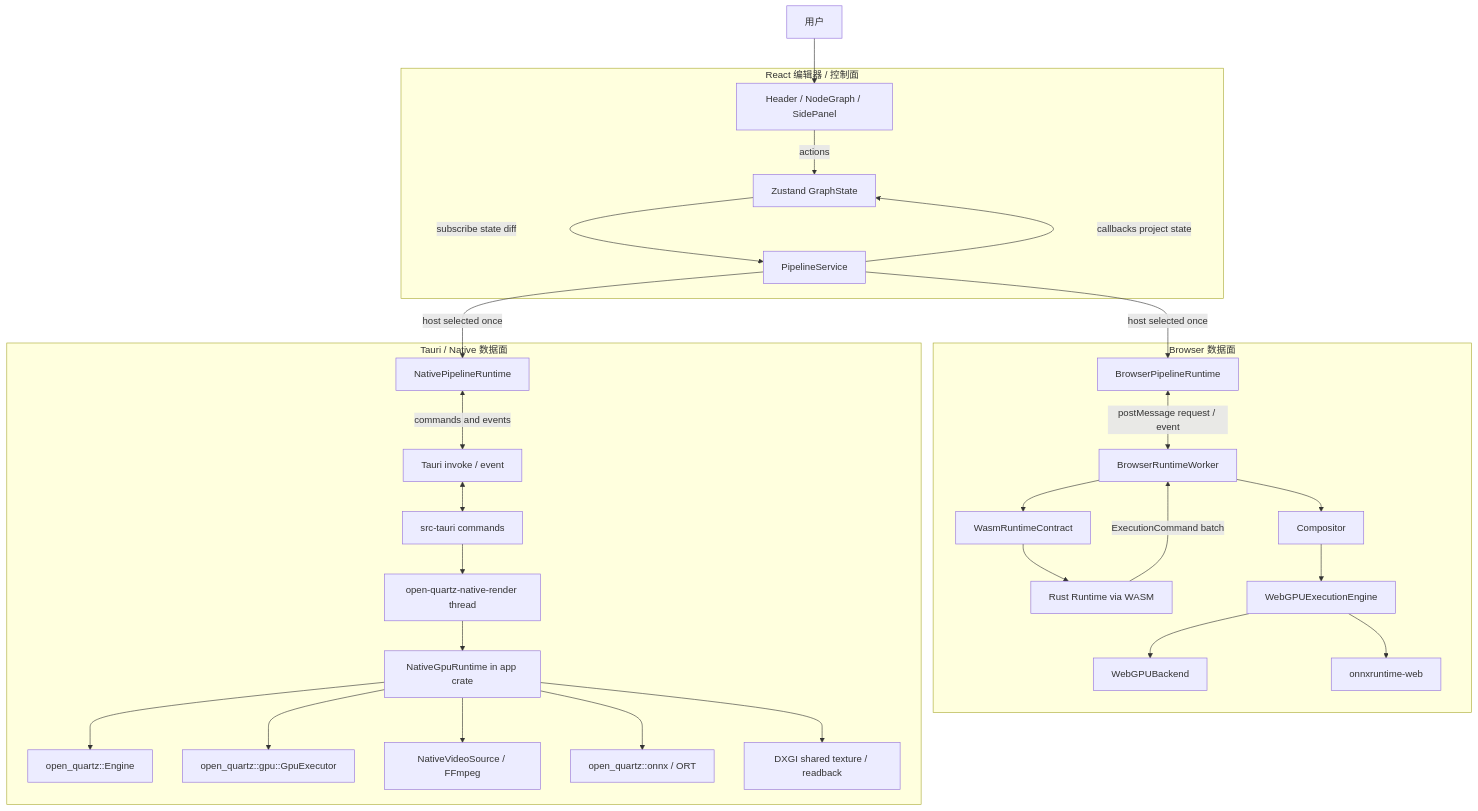
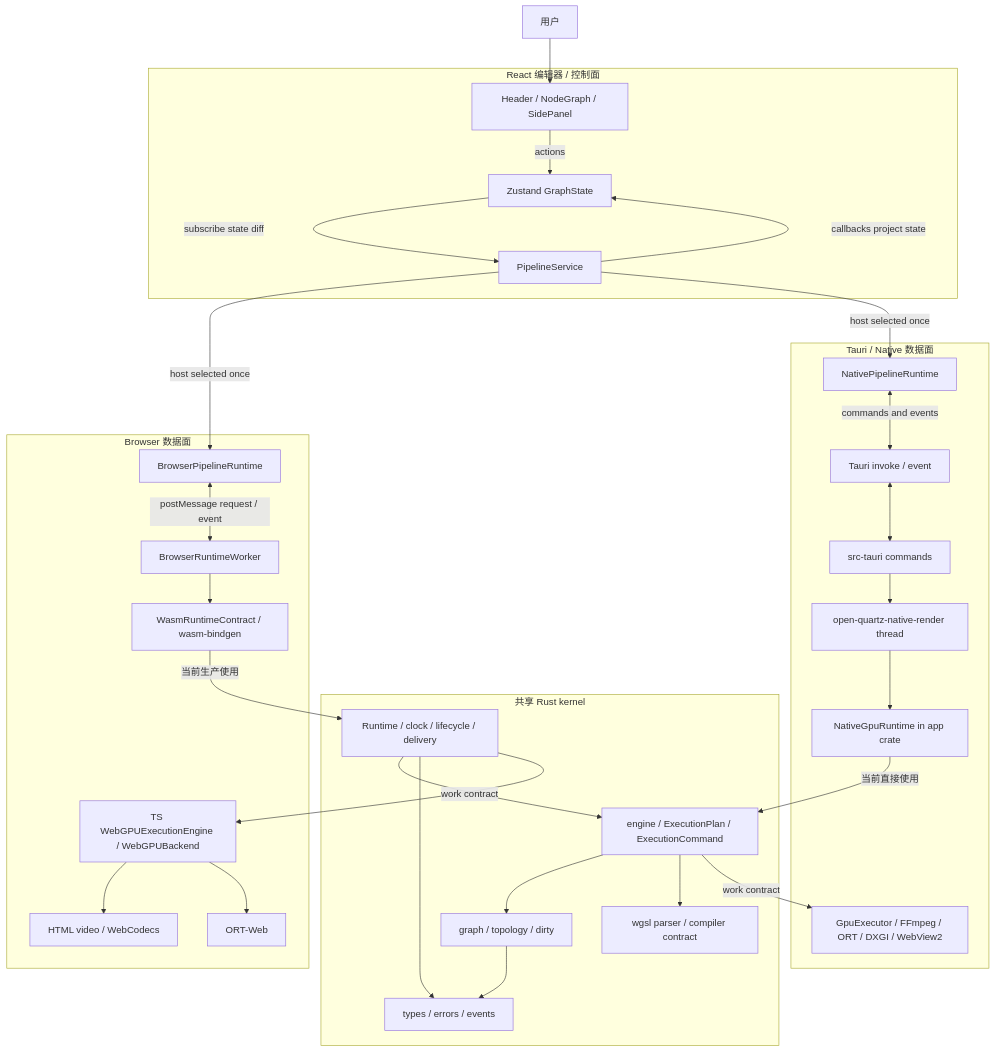
One commit to sanitor/open_quartz changed the first of 11 diagrams in docs/DESIGN.md. Above: the diagram before and after it, drawn with Mermaid. The commit also changed other lines of this file, not shown here.

First line of the commit message:
docs: merge shared kernel into system architecture

````diff
--- a/docs/DESIGN.md
+++ b/docs/DESIGN.md
@@ -39,56 +41,61 @@
 ```mermaid
 flowchart TB
     User[用户]
 
     subgraph UI[React 编辑器 / 控制面]
         Components[Header / NodeGraph / SidePanel]
         Store[Zustand GraphState]
         Service[PipelineService]
         Components -->|actions| Store
         Store -->|subscribe state diff| Service
         Service -->|callbacks project state| Store
     end
 
+    subgraph SharedRust[共享 Rust kernel]
+        Schema[types / errors / events]
+        Graph[graph / topology / dirty]
+        Wgsl[wgsl parser / compiler contract]
+        Engine[engine / ExecutionPlan / ExecutionCommand]
+        Runtime[Runtime / clock / lifecycle / delivery]
+        Graph --> Schema
+        Engine --> Graph
+        Engine --> Wgsl
+        Runtime --> Engine
+        Runtime --> Schema
+    end
+
     subgraph Browser[Browser 数据面]
         BrowserAdapter[BrowserPipelineRuntime]
         Worker[BrowserRuntimeWorker]
-        WasmBinding[WasmRuntimeContract]
-        RustRuntime[Rust Runtime via WASM]
-        Compositor[Compositor]
-        TsGpu[WebGPUExecutionEngine]
-        WebGpu[WebGPUBackend]
-        OrtWeb[onnxruntime-web]
+        WasmBinding[WasmRuntimeContract / wasm-bindgen]
+        BrowserHost[TS WebGPUExecutionEngine / WebGPUBackend]
+        BrowserMedia[HTML video / WebCodecs]
+        BrowserOnnx[ORT-Web]
 
         BrowserAdapter <-->|postMessage request / event| Worker
-        Worker --> WasmBinding --> RustRuntime
-        RustRuntime -->|ExecutionCommand batch| Worker
-        Worker --> Compositor --> TsGpu --> WebGpu
-        TsGpu --> OrtWeb
+        Worker --> WasmBinding
+        WasmBinding -->|当前生产使用| Runtime
+        Runtime -->|work contract| BrowserHost
+        BrowserHost --> BrowserMedia
+        BrowserHost --> BrowserOnnx
     end
 
     subgraph Native[Tauri / Native 数据面]
         NativeAdapter[NativePipelineRuntime]
         Ipc[Tauri invoke / event]
         Shell[src-tauri commands]
         NativeWorker[open-quartz-native-render thread]
         NativeFacade[NativeGpuRuntime in app crate]
-        RustEngine[open_quartz::Engine]
-        GpuExecutor[open_quartz::gpu::GpuExecutor]
-        NativeMedia[NativeVideoSource / FFmpeg]
-        NativeOnnx[open_quartz::onnx / ORT]
-        Presenter[DXGI shared texture / readback]
+        NativeHost[GpuExecutor / FFmpeg / ORT / DXGI / WebView2]
 
         NativeAdapter <-->|commands and events| Ipc
         Ipc <--> Shell
         Shell --> NativeWorker --> NativeFacade
-        NativeFacade --> RustEngine
-        NativeFacade --> GpuExecutor
-        NativeFacade --> NativeMedia
-        NativeFacade --> NativeOnnx
-        NativeFacade --> Presenter
+        NativeFacade -->|当前直接使用| Engine
+        Engine -->|work contract| NativeHost
     end
 
     User --> Components
     Service -->|host selected once| BrowserAdapter
     Service -->|host selected once| NativeAdapter
 ```
````
